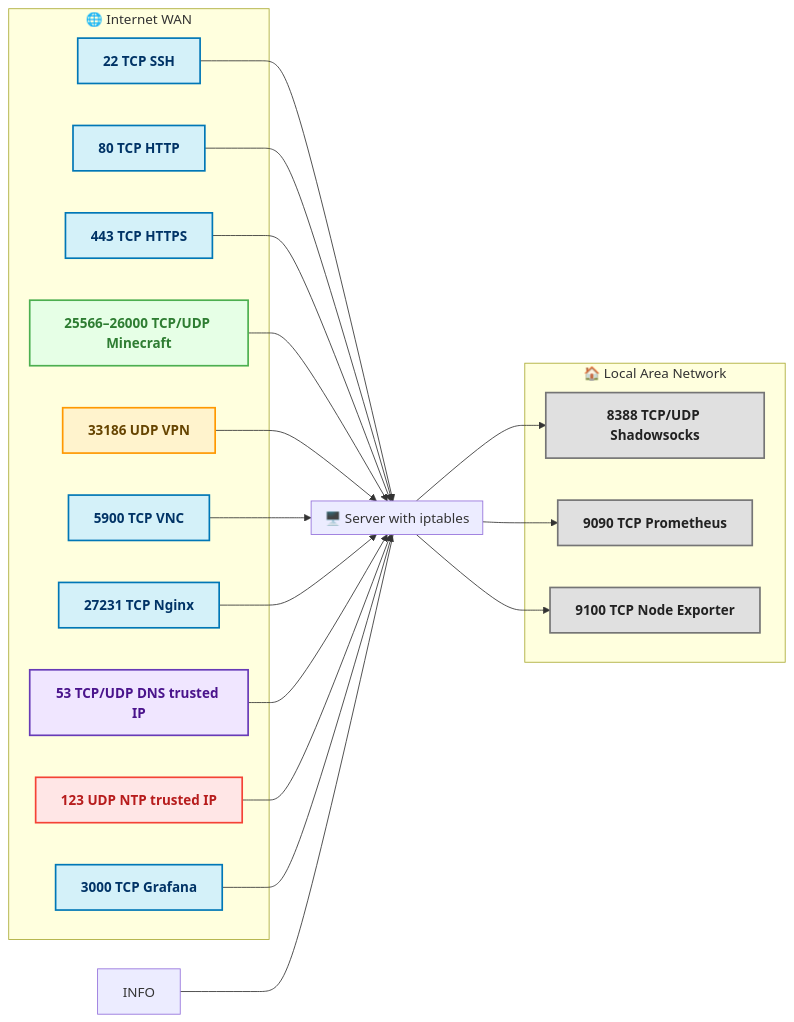
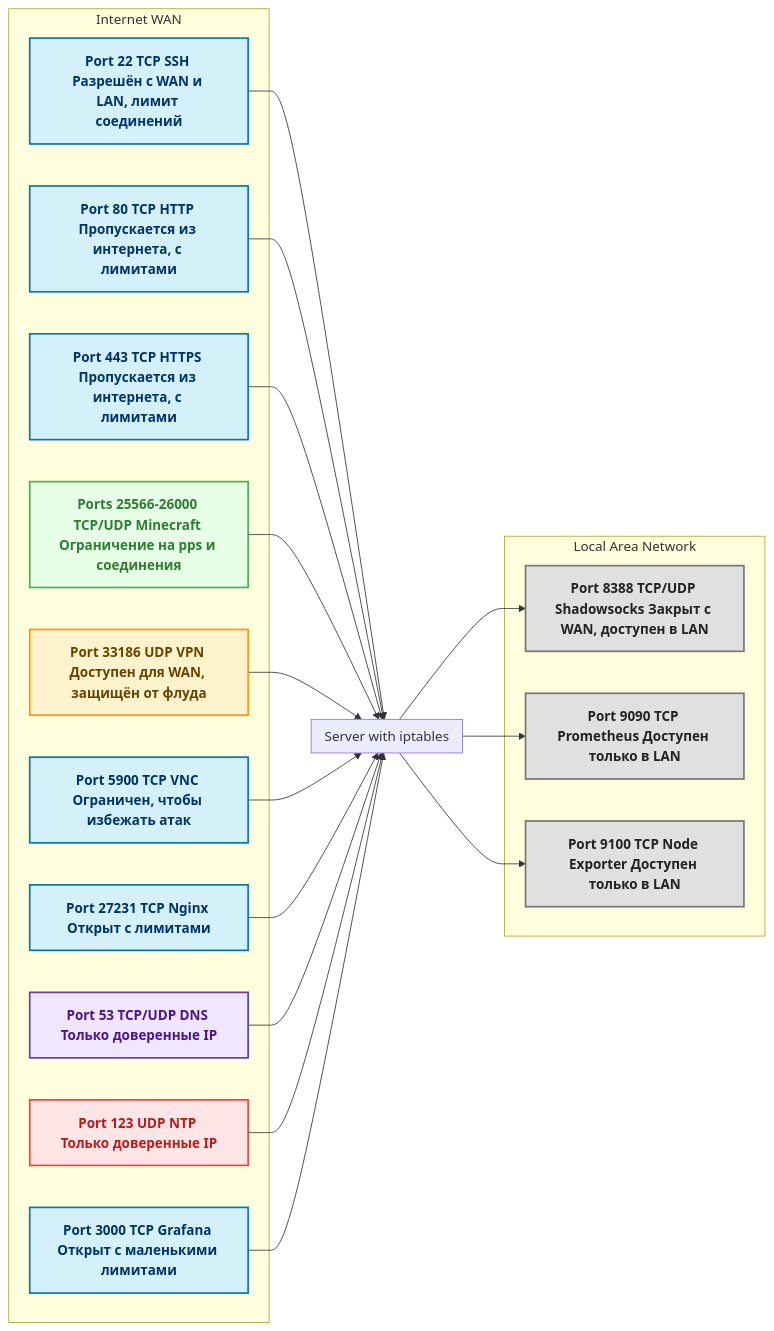
One commit to AlekseyTarabanov/my-iptables-script changed the diagram in README.md. Above: the diagram before and after it, drawn with Mermaid.

````diff
--- a/README.md
+++ b/README.md
@@ -53,62 +53,47 @@
 ```mermaid
 graph LR
-  %% Основные зоны
-  subgraph WAN [🌐 Internet WAN]
-    W1[22 TCP SSH]
-    W2[80 TCP HTTP]
-    W3[443 TCP HTTPS]
-    W4[25566–26000 TCP/UDP Minecraft]
-    W5[33186 UDP VPN]
-    W6[5900 TCP VNC]
-    W7[27231 TCP Nginx]
-    W8[53 TCP/UDP DNS trusted IP]
-    W9[123 UDP NTP trusted IP]
-    W10[3000 TCP Grafana]
+  subgraph WAN [Internet WAN]
+    W1["Port 22 TCP SSH Разрешён с WAN и LAN, лимит соединений"]:::tcp
+    W2["Port 80 TCP HTTP Пропускается из интернета, с лимитами"]:::tcp
+    W3["Port 443 TCP HTTPS Пропускается из интернета, с лимитами"]:::tcp
+    W4["Ports 25566-26000 TCP/UDP Minecraft Ограничение на pps и соединения"]:::mc
+    W5["Port 33186 UDP VPN Доступен для WAN, защищён от флуда"]:::udp
+    W6["Port 5900 TCP VNC Ограничен, чтобы избежать атак"]:::tcp
+    W7["Port 27231 TCP Nginx Открыт с лимитами"]:::tcp
+    W8["Port 53 TCP/UDP DNS Только доверенные IP"]:::dns
+    W9["Port 123 UDP NTP Только доверенные IP"]:::ntp
+    W10["Port 3000 TCP Grafana Открыт с маленькими лимитами"]:::tcp
   end
 
-  subgraph SERVER [🖥️ Server with iptables]
+  subgraph SERVER [Server with iptables]
   end
 
-  subgraph LAN [🏠 Local Area Network]
-    L1[8388 TCP/UDP Shadowsocks]
-    L2[9090 TCP Prometheus]
-    L3[9100 TCP Node Exporter]
+  subgraph LAN [Local Area Network]
+    L1["Port 8388 TCP/UDP Shadowsocks Закрыт с WAN, доступен в LAN"]:::lan
+    L2["Port 9090 TCP Prometheus Доступен только в LAN"]:::lan
+    L3["Port 9100 TCP Node Exporter Доступен только в LAN"]:::lan
   end
 
-  %% Связи
   W1 --> SERVER
   W2 --> SERVER
   W3 --> SERVER
   W4 --> SERVER
   W5 --> SERVER
   W6 --> SERVER
   W7 --> SERVER
   W8 --> SERVER
   W9 --> SERVER
   W10 --> SERVER
 
   SERVER --> L1
   SERVER --> L2
   SERVER --> L3
 
-  %% Расположение INFO справа
-  INFO --- SERVER
-
-  %% Классы для цветового выделения
   classDef tcp fill:#d4f1f9,stroke:#0077b6,stroke-width:2px,color:#003366,font-weight:bold;
   classDef udp fill:#fff3cd,stroke:#ff9800,stroke-width:2px,color:#664400,font-weight:bold;
   classDef mc fill:#e6ffe6,stroke:#4caf50,stroke-width:2px,color:#2e7d32,font-weight:bold;
   classDef dns fill:#f0e6ff,stroke:#673ab7,stroke-width:2px,color:#4a148c,font-weight:bold;
   classDef ntp fill:#ffe6e6,stroke:#f44336,stroke-width:2px,color:#b71c1c,font-weight:bold;
   classDef lan fill:#e0e0e0,stroke:#757575,stroke-width:2px,color:#222222,font-weight:bold;
 
-  %% Применяем классы к узлам WAN
-  class W1,W2,W3,W6,W7,W10 tcp;
-  class W5 udp;
-  class W4 mc;
-  class W8 dns;
-  class W9 ntp;
-
-  %% LAN
-  class L1,L2,L3 lan;
 ```
````
